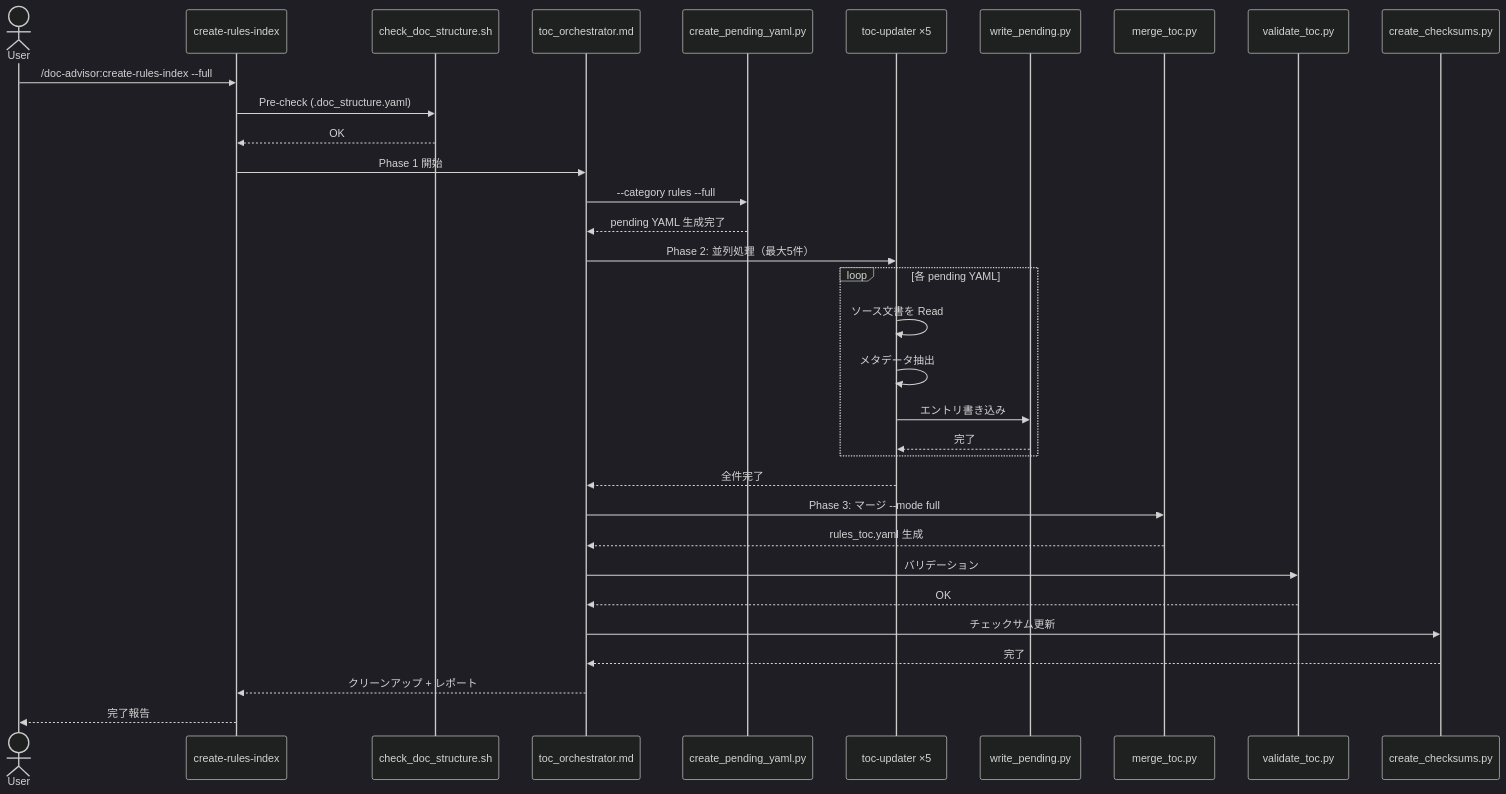
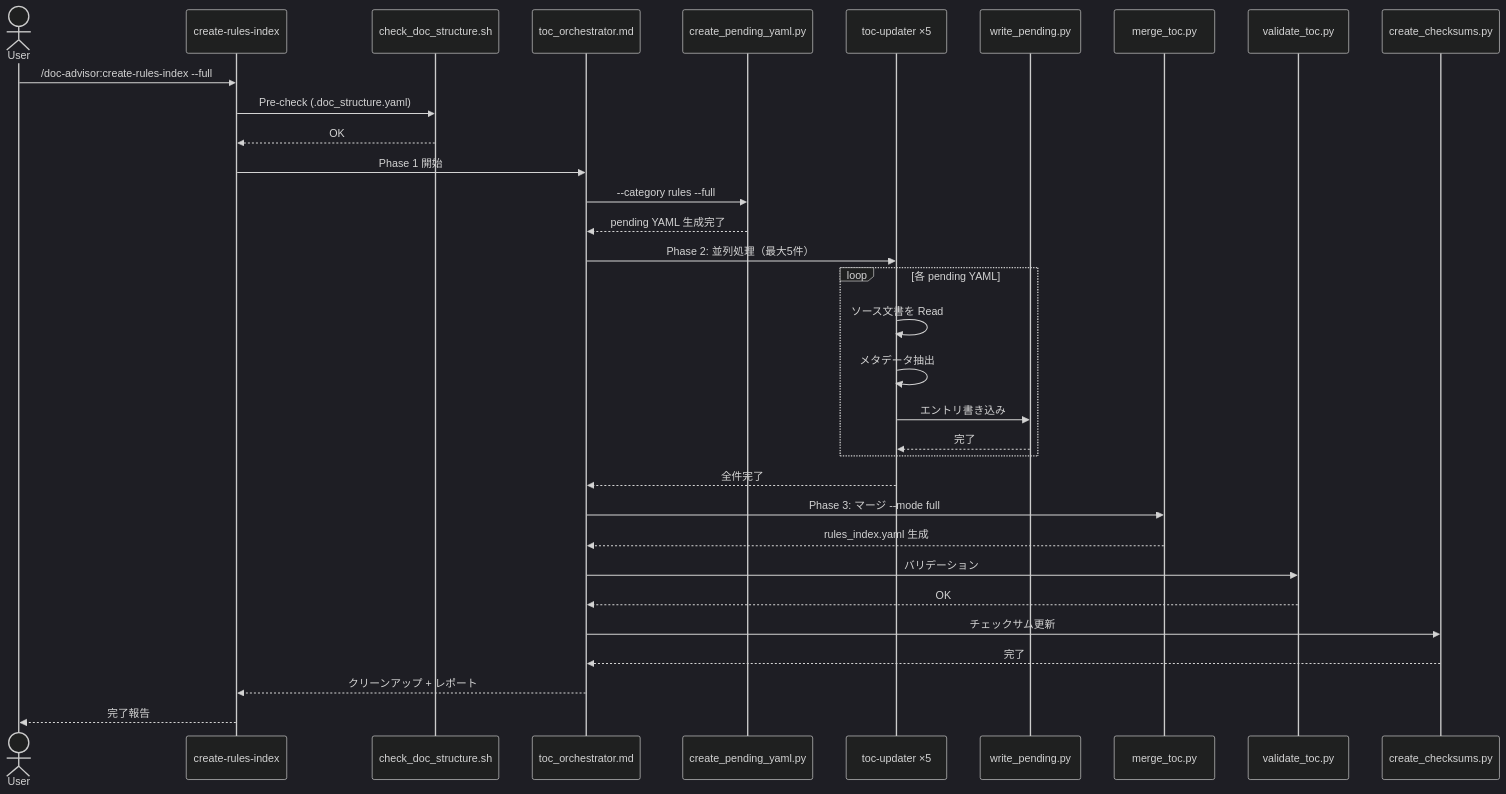
The second of 3 diagrams in docs/specs/doc-advisor/design/DES-001_plugin_migration_design.md (BlueEventHorizon/bw-cc-plugins), drawn with Mermaid (dark theme) before and after one commit. The commit also changed other lines of this file and 16 other files, not shown here.

````diff
--- a/docs/specs/doc-advisor/design/DES-001_plugin_migration_design.md
+++ b/docs/specs/doc-advisor/design/DES-001_plugin_migration_design.md
@@ -178,36 +178,36 @@
 ```mermaid
 sequenceDiagram
     actor User
     participant Skill as create-rules-index
     participant CDS as check_doc_structure.sh
     participant Orch as toc_orchestrator.md
     participant CPY as create_pending_yaml.py
     participant TU as toc-updater ×5
     participant WP as write_pending.py
     participant MT as merge_toc.py
     participant VT as validate_toc.py
     participant CC as create_checksums.py
 
     User->>Skill: /doc-advisor:create-rules-index --full
     Skill->>CDS: Pre-check (.doc_structure.yaml)
     CDS-->>Skill: OK
     Skill->>Orch: Phase 1 開始
     Orch->>CPY: --category rules --full
     CPY-->>Orch: pending YAML 生成完了
     Orch->>TU: Phase 2: 並列処理（最大5件）
     loop 各 pending YAML
         TU->>TU: ソース文書を Read
         TU->>TU: メタデータ抽出
         TU->>WP: エントリ書き込み
         WP-->>TU: 完了
     end
     TU-->>Orch: 全件完了
     Orch->>MT: Phase 3: マージ --mode full
-    MT-->>Orch: rules_toc.yaml 生成
+    MT-->>Orch: rules_index.yaml 生成
     Orch->>VT: バリデーション
     VT-->>Orch: OK
     Orch->>CC: チェックサム更新
     CC-->>Orch: 完了
     Orch-->>Skill: クリーンアップ + レポート
     Skill-->>User: 完了報告
 ```
````
